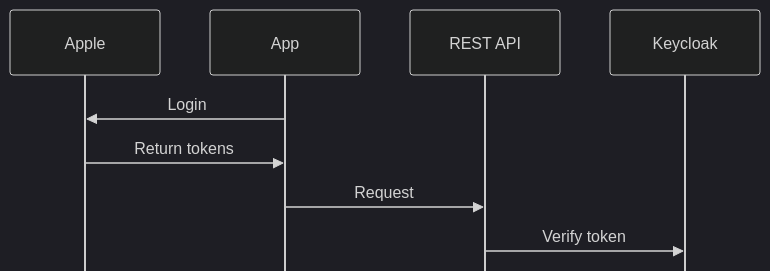
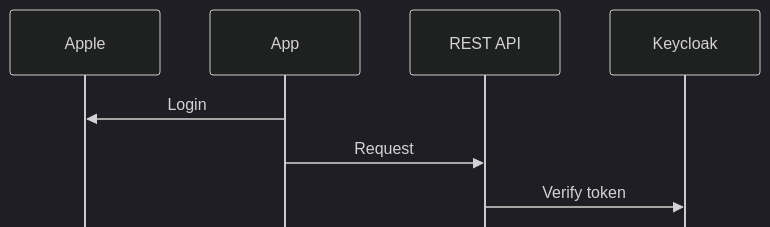
One commit to stianst/playground changed the diagram in seq/usecases.md. Above: the diagram before and after it, drawn with Mermaid (dark theme).

Commit message:
Update sequence diagram by removing token return
Removed the token return step from the sequence diagram.

````diff
--- a/seq/usecases.md
+++ b/seq/usecases.md
@@ -5,15 +5,14 @@
 ```mermaid
 ---
 config:
     mirrorActors: false
 ---
 sequenceDiagram
     participant Apple as Apple
     participant App as App
     participant RS as REST API
     participant KC as Keycloak
     App->>Apple: Login
-    Apple->>App: Return tokens
     App->>RS: Request
     RS->>KC: Verify token
 ```
````
